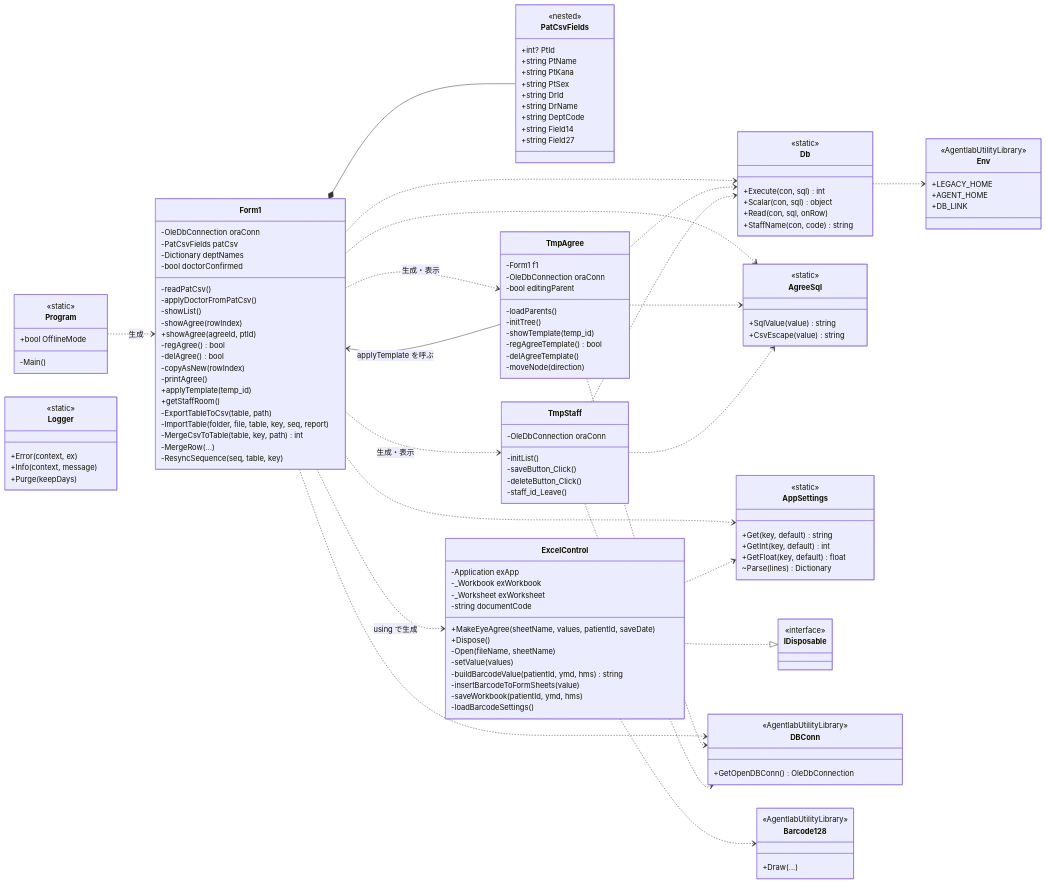
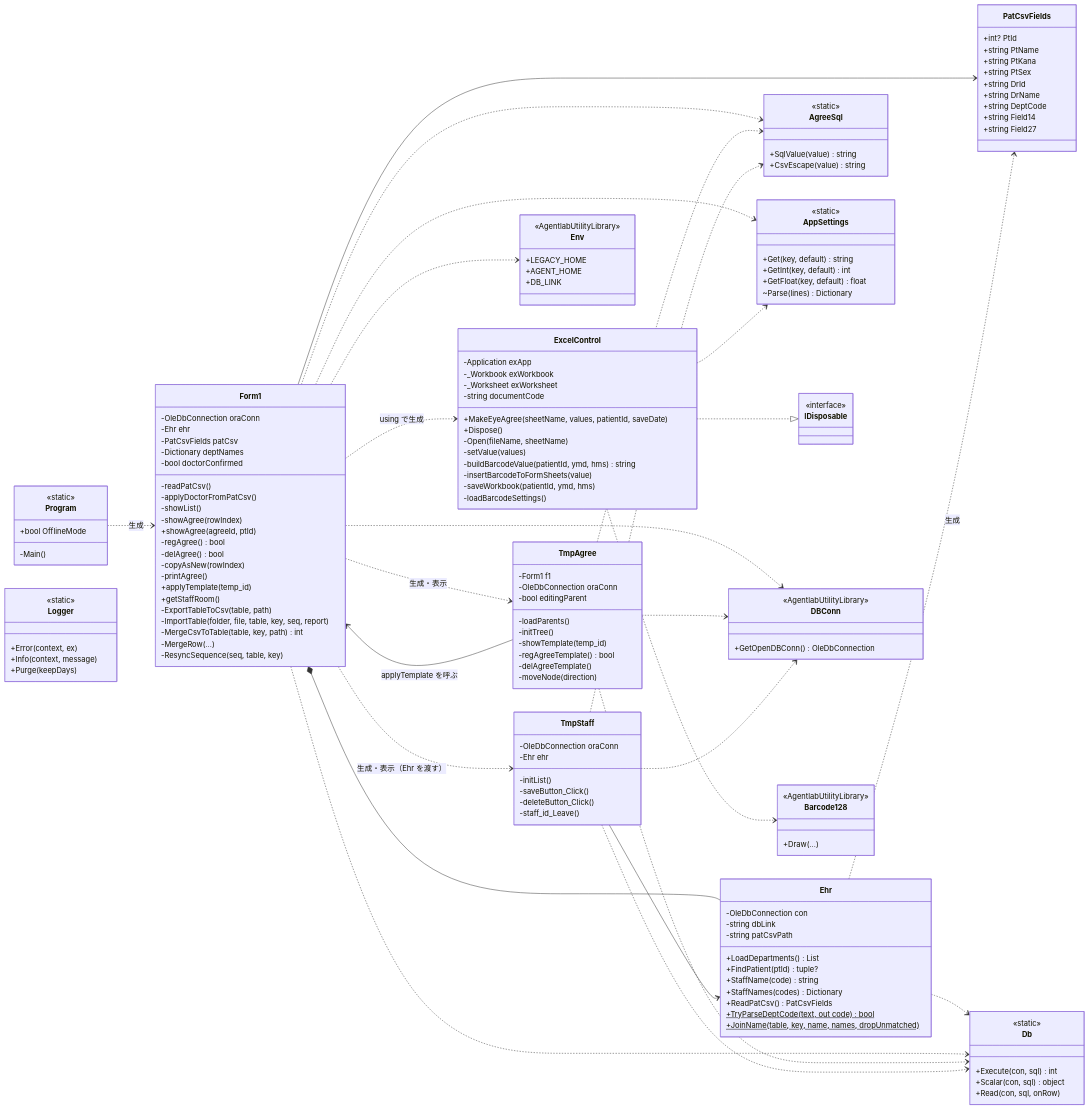
The diagram in docs/design/class_responsibilities.md (yokamoto5742/Agree), drawn with Mermaid before and after one commit. The commit also changed other lines of this file and 15 other files, not shown here.

First line of the commit message:
♻️ refactor: 電子カルテへのアクセスを Ehr クラスに集約し、マスタとの JOIN をやめる

````diff
--- a/docs/design/class_responsibilities.md
+++ b/docs/design/class_responsibilities.md
@@ -16,6 +16,7 @@
 
     class Form1 {
         -OleDbConnection oraConn
+        -Ehr ehr
         -PatCsvFields patCsv
         -Dictionary deptNames
         -bool doctorConfirmed
@@ -37,8 +38,20 @@
         -ResyncSequence(seq, table, key)
     }
 
+    class Ehr {
+        -OleDbConnection con
+        -string dbLink
+        -string patCsvPath
+        +LoadDepartments() List
+        +FindPatient(ptId) tuple?
+        +StaffName(code) string
+        +StaffNames(codes) Dictionary
+        +ReadPatCsv() PatCsvFields
+        +TryParseDeptCode(text, out code)$ bool
+        +JoinName(table, key, name, names, dropUnmatched)$
+    }
+
     class PatCsvFields {
-        <<nested>>
         +int? PtId
         +string PtName
         +string PtKana
@@ -64,6 +77,7 @@
 
     class TmpStaff {
         -OleDbConnection oraConn
+        -Ehr ehr
         -initList()
         -saveButton_Click()
         -deleteButton_Click()
@@ -90,7 +104,6 @@
         +Execute(con, sql) int
         +Scalar(con, sql) object
         +Read(con, sql, onRow)
-        +StaffName(con, code) string
     }
 
     class AgreeSql {
@@ -134,9 +147,13 @@
     }
 
     Program ..> Form1 : 生成
-    Form1 *-- PatCsvFields
+    Form1 --> PatCsvFields
+    Form1 *-- Ehr
+    Ehr ..> PatCsvFields : 生成
+    Ehr ..> Db
     Form1 ..> TmpAgree : 生成・表示
-    Form1 ..> TmpStaff : 生成・表示
+    Form1 ..> TmpStaff : 生成・表示（Ehr を渡す）
+    TmpStaff --> Ehr
     TmpAgree --> Form1 : applyTemplate を呼ぶ
     Form1 ..> ExcelControl : using で生成
     ExcelControl ..|> IDisposable
@@ -152,5 +169,5 @@
     TmpAgree ..> DBConn
     TmpStaff ..> DBConn
     ExcelControl ..> Barcode128
-    Db ..> Env
+    Form1 ..> Env
 ```
````
